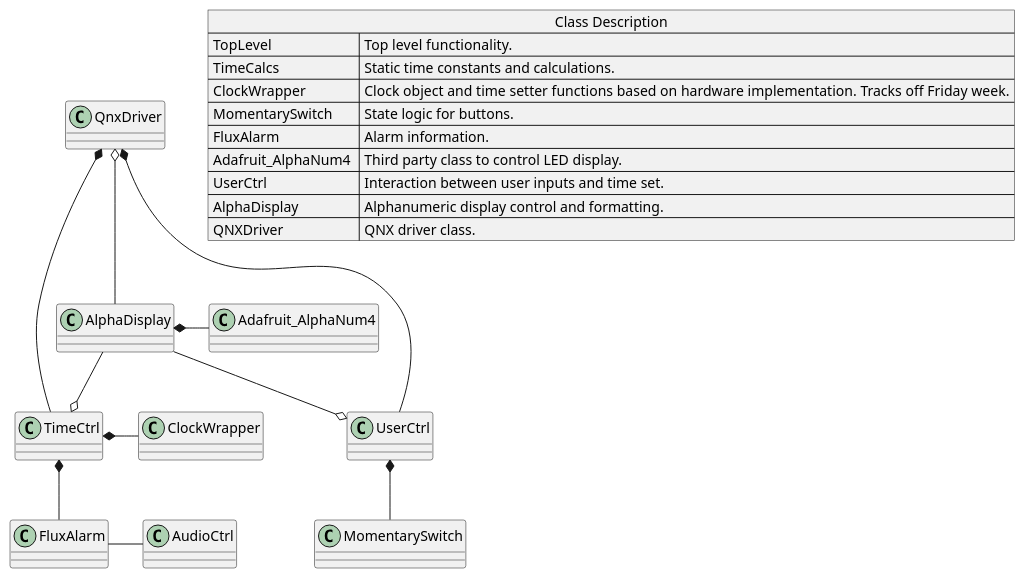
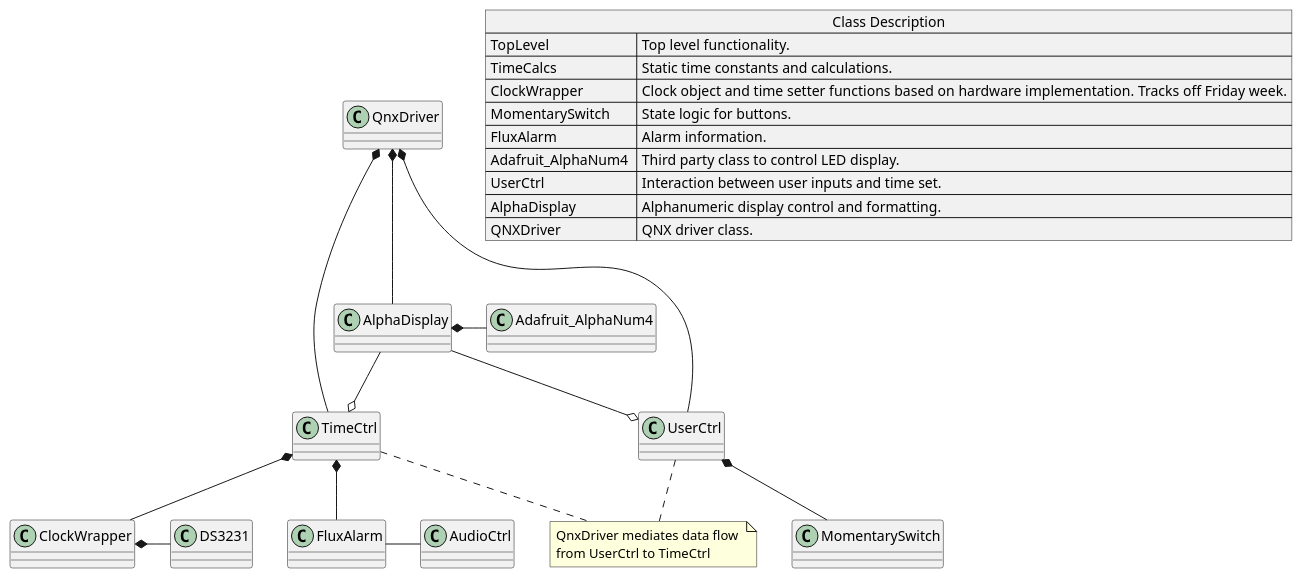
Before and after one commit to rebeccajennifer/nine-eighty-alarm: the diagram in docs/sw-arch/nine-eighty.puml, drawn with PlantUML. The commit also changed 2 other files, not shown here.

```diff
--- a/docs/sw-arch/nine-eighty.puml
+++ b/docs/sw-arch/nine-eighty.puml
@@ -1,61 +1,65 @@
 @startuml
 
 ''
 
 
 
 '_______________________________________________________________________
 ' Global params
 '_______________________________________________________________________
 
 
 '_______________________________________________________________________
 ' Legend
 '_______________________________________________________________________
 ' --|> Inheritance, child on top  e.g. ChildClass  --|> ParentClass
 ' <|-- Inheritance, parent on top e.g. ParentClass --|> ChildClass
 ' --   Association, need to communicate, no strong relationship
 ' -->  Directed Association, classA knows of classB, but not vice versa
 ' *--  Composition
 ' o--  Aggregation
 ' ..>  Dependency
 ' <|.. Realization
 '_______________________________________________________________________
 
 class QnxDriver
 class ClockWrapper
 class Adafruit_AlphaNum4
 class TimeCtrl
 class UserCtrl
 class FluxAlarm
 class AlphaDisplay
 class AudioCtrl
 class MomentarySwitch
 
 QnxDriver     *-down- UserCtrl
 QnxDriver     *-down- TimeCtrl
-QnxDriver     o-down- AlphaDisplay
+QnxDriver     *-down- AlphaDisplay
 TimeCtrl      o-up-   AlphaDisplay
 UserCtrl      o-up-   AlphaDisplay
-TimeCtrl      *-      ClockWrapper
+TimeCtrl      *-down- ClockWrapper
 TimeCtrl      *-down- FluxAlarm
+ClockWrapper  *-      DS3231
+note "QnxDriver mediates data flow \nfrom UserCtrl to TimeCtrl" as Note0
+UserCtrl      ..      Note0
+TimeCtrl      ..      Note0
 
 UserCtrl      *-down- MomentarySwitch
-FluxAlarm     -      AudioCtrl
+FluxAlarm     -       AudioCtrl
 
 AlphaDisplay   *- Adafruit_AlphaNum4
 
 '_______________________________________________________________________
 ' Class descriptions
 json "Class Description" as class_desc {
   "TopLevel           " : "Top level functionality."
 , "TimeCalcs          " : "Static time constants and calculations."
 , "ClockWrapper       " : "Clock object and time setter functions based on hardware implementation. Tracks off Friday week."
 , "MomentarySwitch    " : "State logic for buttons."
 , "FluxAlarm          " : "Alarm information."
 , "Adafruit_AlphaNum4 " : "Third party class to control LED display."
 , "UserCtrl           " : "Interaction between user inputs and time set."
 , "AlphaDisplay       " : "Alphanumeric display control and formatting."
 , "QNXDriver          " : "QNX driver class."
 }
 @enduml
```
